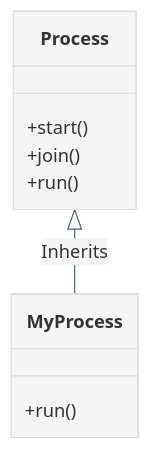
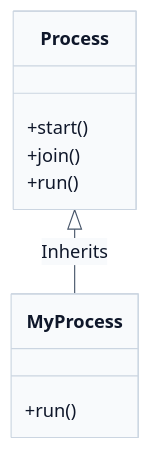
The sixth of 10 diagrams in SyedMuhammadHuzaifaAshrafi-(23FA-035-SE)/Chapter03/README.md (RameenAnwar/PDC-SP26-SE), drawn with Mermaid before and after one commit. The commit also changed other lines of this file and 5 other files, not shown here.

````diff
--- a/SyedMuhammadHuzaifaAshrafi-(23FA-035-SE)/Chapter03/README.md
+++ b/SyedMuhammadHuzaifaAshrafi-(23FA-035-SE)/Chapter03/README.md
@@ -336,14 +153,14 @@
 ```mermaid
-%%{init: {'theme': 'base', 'themeVariables': { 'lineColor': '#455A64', 'primaryColor': '#F5F5F5' }}}%%
+%%{init: {'theme': 'base', 'themeVariables': { 'lineColor': '#475569', 'primaryColor': '#f8fafc', 'primaryTextColor': '#0f172a', 'primaryBorderColor': '#cbd5e1' }}}%%
 classDiagram
-    %% Pro Max Class diagram
+    %% Premium Class Diagram
     class Process {
         +start()
         +join()
         +run()
     }
     class MyProcess {
         +run()
     }
     Process <|-- MyProcess : Inherits
 ```
````
